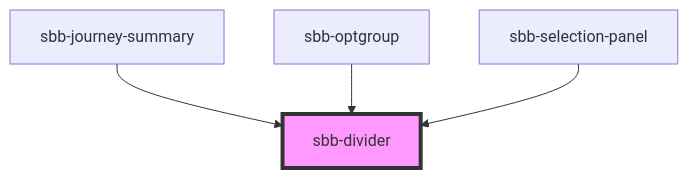
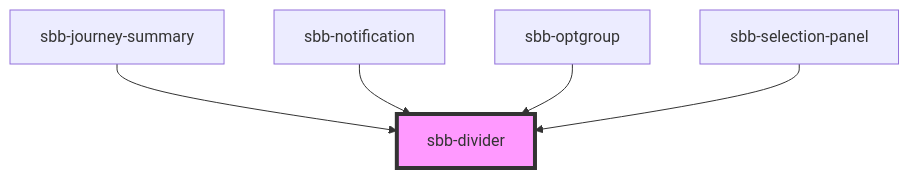
The diagram in src/components/sbb-divider/readme.md (sbb-design-systems/lyne-components), drawn with Mermaid before and after one commit. The commit also changed other lines of this file and 14 other files, not shown here.

````diff
--- a/src/components/sbb-divider/readme.md
+++ b/src/components/sbb-divider/readme.md
@@ -26,7 +27,8 @@
 ```mermaid
 graph TD;
   sbb-journey-summary --> sbb-divider
+  sbb-notification --> sbb-divider
   sbb-optgroup --> sbb-divider
   sbb-selection-panel --> sbb-divider
   style sbb-divider fill:#f9f,stroke:#333,stroke-width:4px
 ```
````
